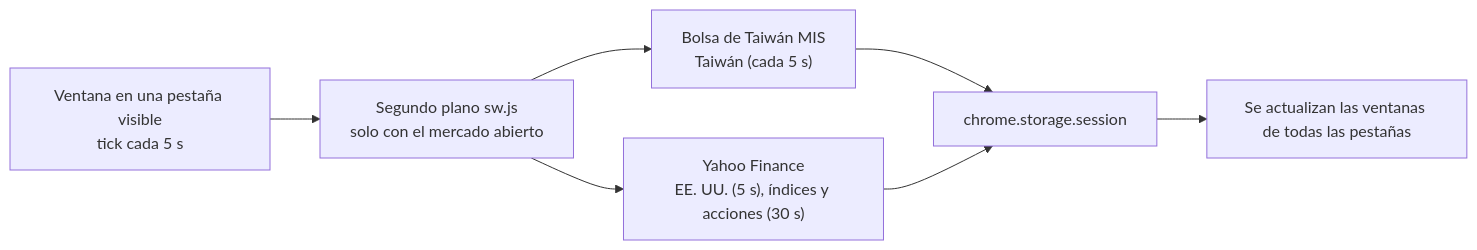
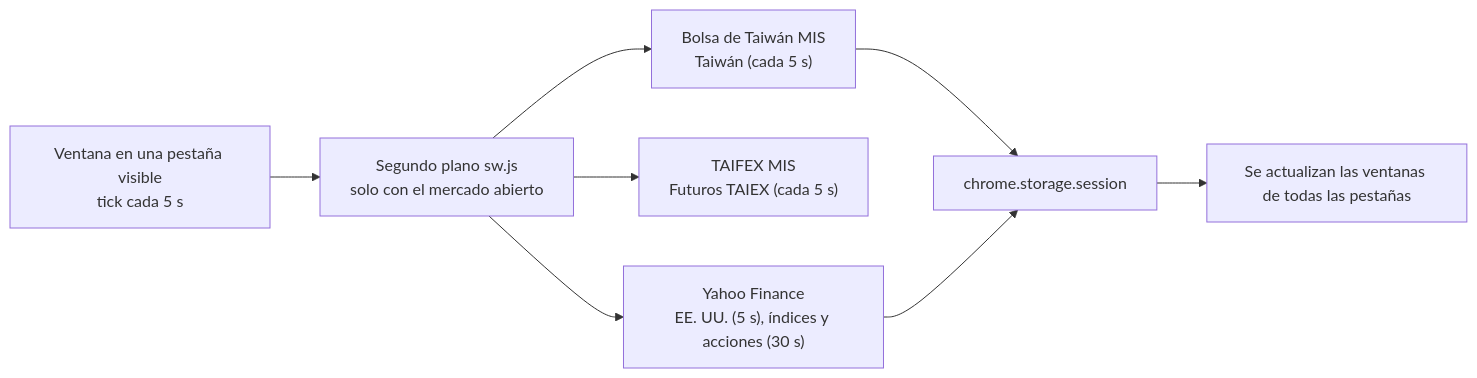
Before and after one commit to Ashur5457/PeekaStock: the diagram in README.es.md, drawn with Mermaid. The commit also changed other lines of this file and 15 other files, not shown here.

````diff
--- a/README.es.md
+++ b/README.es.md
@@ -65,9 +67,10 @@
 ```mermaid
 flowchart LR
   BOX["Ventana en una pestaña visible<br/>tick cada 5 s"] --> SW["Segundo plano sw.js<br/>solo con el mercado abierto"]
   SW --> MIS["Bolsa de Taiwán MIS<br/>Taiwán (cada 5 s)"]
+  SW --> TF["TAIFEX MIS<br/>Futuros TAIEX (cada 5 s)"]
   SW --> YF["Yahoo Finance<br/>EE. UU. (5 s), índices y acciones (30 s)"]
   MIS --> ST["chrome.storage.session"]
   YF --> ST
   ST --> ALL["Se actualizan las ventanas de todas las pestañas"]
 ```
````
